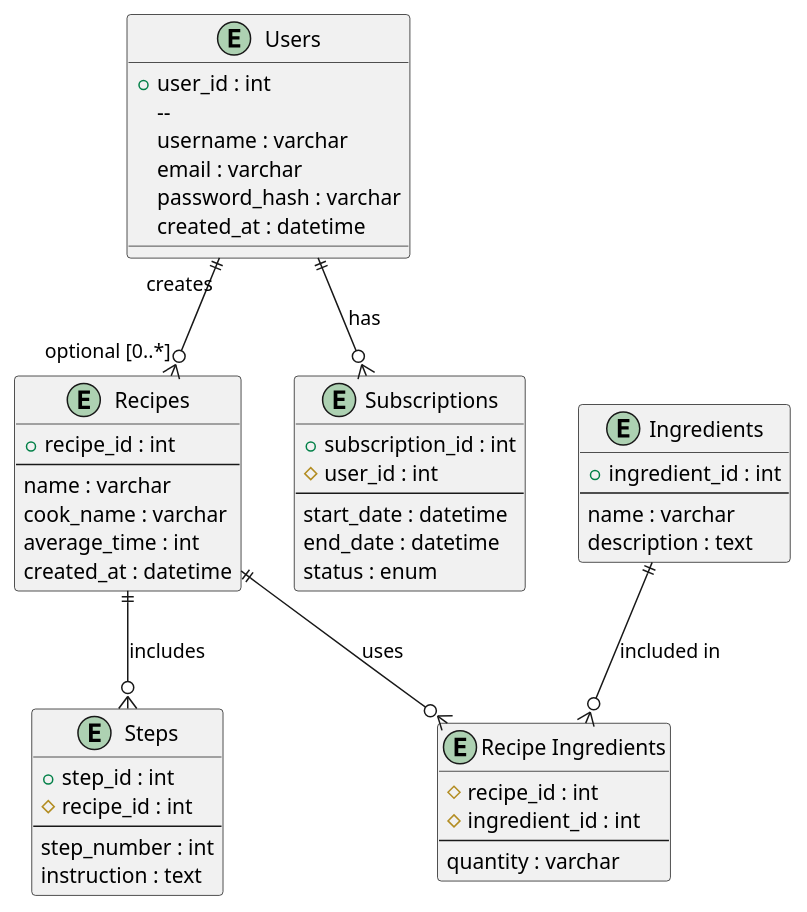
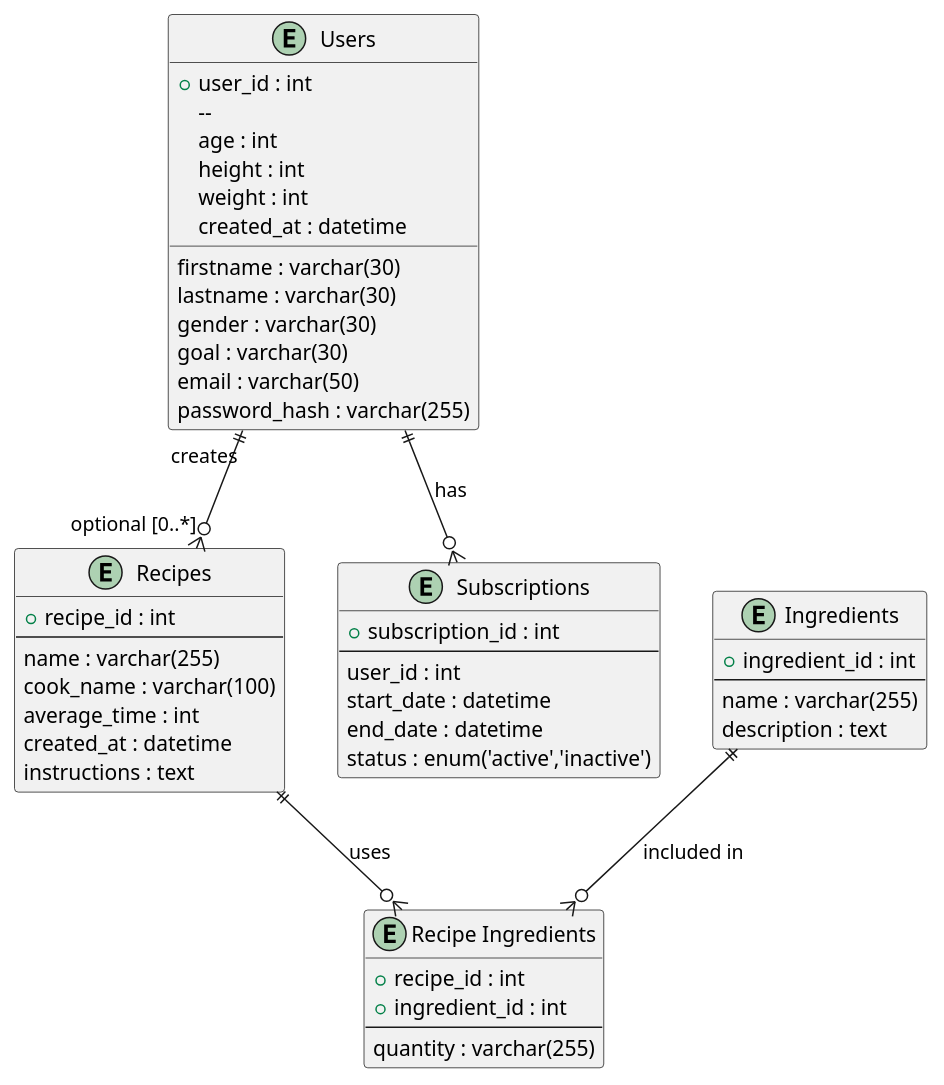
One commit to Emilkroldrup/MinKostPlan changed the diagram in src/main/resources/static/diagrams/ER.plantuml. Above: the diagram before and after it, drawn with PlantUML.

Commit message:
updated diagram

```diff
--- a/src/main/resources/static/diagrams/ER.plantuml
+++ b/src/main/resources/static/diagrams/ER.plantuml
@@ -1,60 +1,59 @@
 @startuml
 
 ' Define the entities
 entity "Users" as users {
   + user_id : int
   -- 
-  username : varchar
-  email : varchar
-  password_hash : varchar
+  firstname : varchar(30)
+  lastname : varchar(30)
+  age : int
+  height : int
+  weight : int
+  gender : varchar(30)
+  goal : varchar(30)
+  email : varchar(50)
+  password_hash : varchar(255)
   created_at : datetime
 }
 
 entity "Recipes" as recipes {
   + recipe_id : int
   --
-  name : varchar
-  cook_name : varchar
+  name : varchar(255)
+  cook_name : varchar(100)
   average_time : int
   created_at : datetime
+  instructions : text
 }
 
 entity "Ingredients" as ingredients {
   + ingredient_id : int
   --
-  name : varchar
+  name : varchar(255)
   description : text
 }
 
 entity "Recipe Ingredients" as recipe_ingredients {
-  # recipe_id : int
-  # ingredient_id : int
+  + recipe_id : int
+  + ingredient_id : int
   --
-  quantity : varchar
-}
-
-entity "Steps" as steps {
-  + step_id : int
-  # recipe_id : int
-  --
-  step_number : int
-  instruction : text
+  quantity : varchar(255)
 }
 
 entity "Subscriptions" as subscriptions {
   + subscription_id : int
-  # user_id : int
   --
+  user_id : int
   start_date : datetime
   end_date : datetime
-  status : enum
+  status : enum('active','inactive')
 }
 
 ' Define relationships
-users ||--o{ subscriptions : "has"
-recipes ||--o{ steps : "includes"
 recipes ||--o{ recipe_ingredients : "uses"
 ingredients ||--o{ recipe_ingredients : "included in"
 users ||--o{ recipes : "creates" "optional [0..*]"
+users ||--o{ subscriptions : "has"
+
 
 @enduml
```
